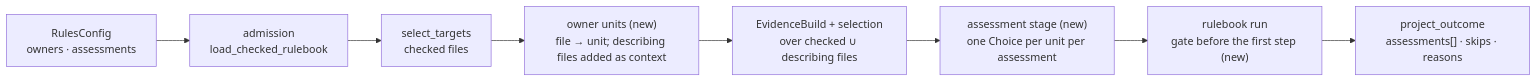
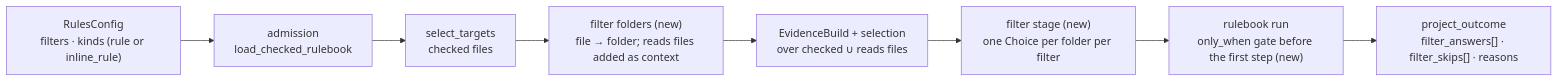
Before and after one commit to ShravanSunder/sunstack-tools: the diagram in docs/specs/2026-11-04-owner-assessment/program-design.md, drawn with Mermaid. The commit also changed other lines of this file and 8 other files, not shown here.

First line of the commit message:
docs(owner-assessment): final config vocabulary (filters, per, reads, only_when) and the inline ast-grep rule (U5, E6, R8, V8)

````diff
--- a/docs/specs/2026-11-04-owner-assessment/program-design.md
+++ b/docs/specs/2026-11-04-owner-assessment/program-design.md
@@ -7,10 +7,10 @@
 ```mermaid
 flowchart LR
-  cfg["RulesConfig<br/>owners · assessments"] --> admit["admission<br/>load_checked_rulebook"]
+  cfg["RulesConfig<br/>filters · kinds (rule or inline_rule)"] --> admit["admission<br/>load_checked_rulebook"]
   admit --> targets["select_targets<br/>checked files"]
-  targets --> units["owner units (new)<br/>file → unit; describing files added as context"]
-  units --> build["EvidenceBuild + selection<br/>over checked ∪ describing files"]
-  build --> assess["assessment stage (new)<br/>one Choice per unit per assessment"]
-  assess --> run["rulebook run<br/>gate before the first step (new)"]
-  run --> project["project_outcome<br/>assessments[] · skips · reasons"]
+  targets --> folders["filter folders (new)<br/>file → folder; reads files added as context"]
+  folders --> build["EvidenceBuild + selection<br/>over checked ∪ reads files"]
+  build --> ask["filter stage (new)<br/>one Choice per folder per filter"]
+  ask --> run["rulebook run<br/>only_when gate before the first step (new)"]
+  run --> project["project_outcome<br/>filter_answers[] · filter_skips[] · reasons"]
 ```
````
